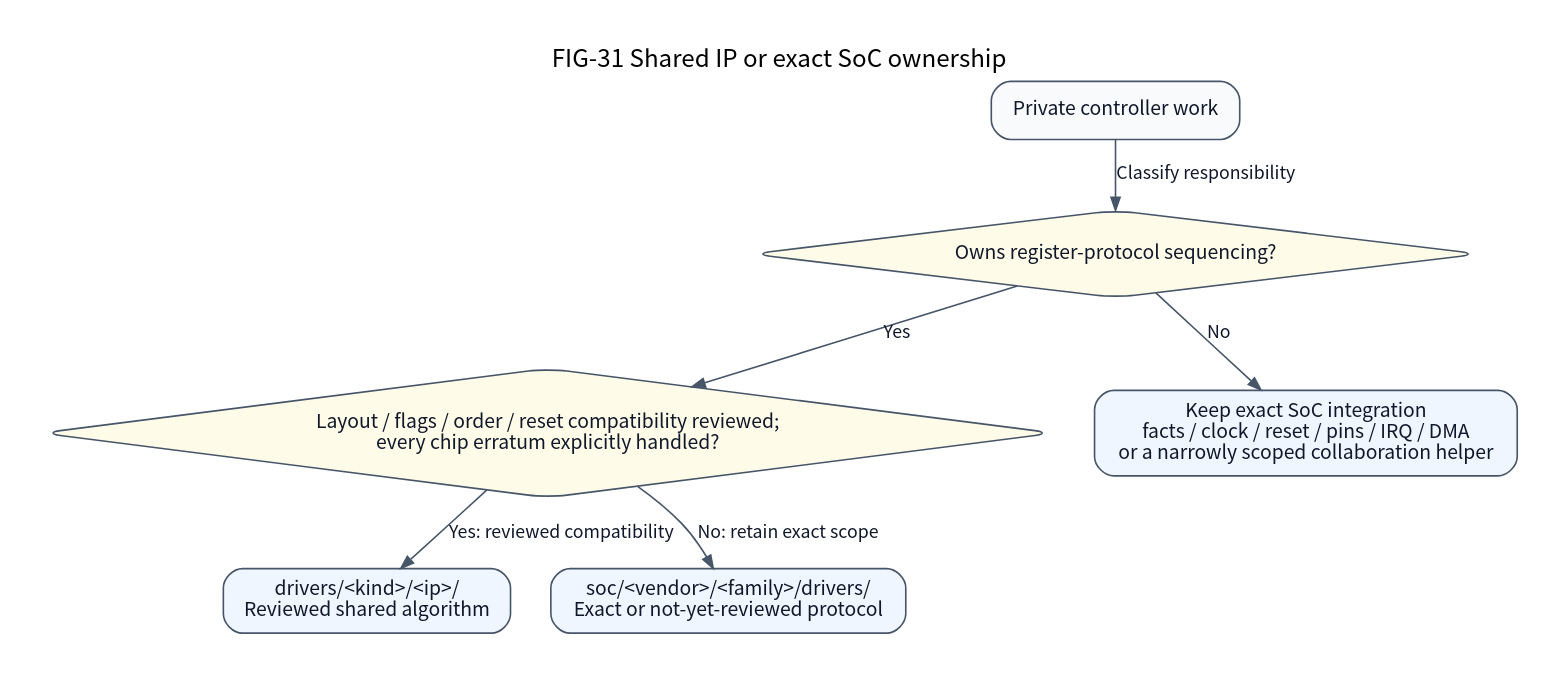
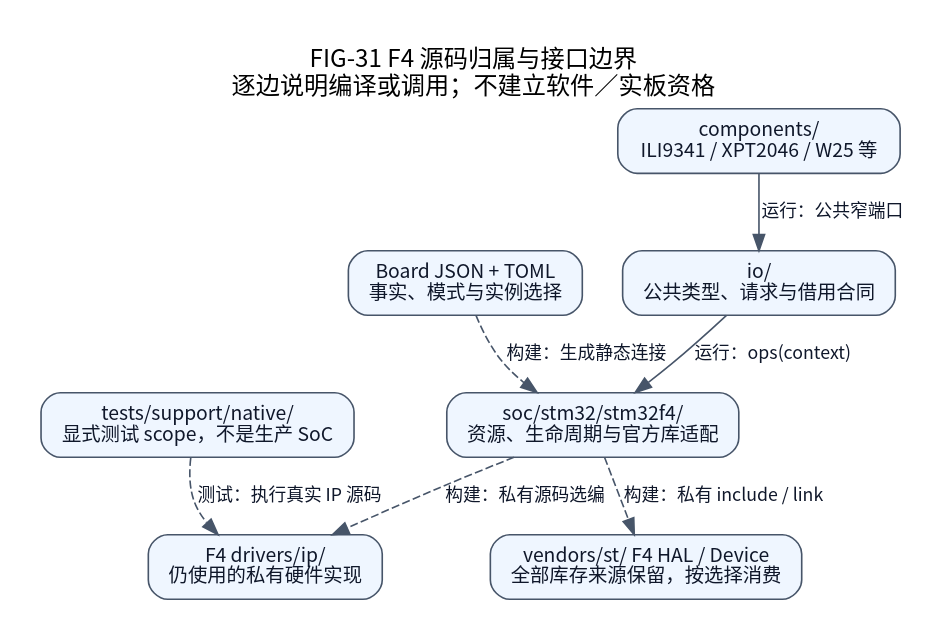
One commit to X-Gen-Lab/nexus changed the diagram in docs/assets/diagrams/driver-source-ownership.dot. Above: the diagram before and after it, drawn with Graphviz. The commit also changed 2170 other files, not shown here.

```diff
--- a/docs/assets/diagrams/driver-source-ownership.dot
+++ b/docs/assets/diagrams/driver-source-ownership.dot
@@ -1,28 +1,19 @@
-// FIG-31 current: maintenance decisions, not runtime calls or qualification.
-// Source basis: 7b985c4c source layout and docs/guides/provider-porting.md.
-digraph DriverSourceOwnership {
-    graph [label="FIG-31 Shared IP or exact SoC ownership",
-           rankdir=TB, bgcolor="white", pad=0.25, nodesep=0.35,
-           ranksep=0.45, fontname="Noto Sans CJK SC", fontsize=15,
-           labelloc=t];
-    node [shape=box, style="rounded,filled", fillcolor="#eff6ff",
-          color="#475569", fontcolor="#0f172a", fontname="Noto Sans CJK SC",
-          fontsize=12, margin="0.16,0.10"];
-    edge [color="#475569", fontcolor="#0f172a",
-          fontname="Noto Sans CJK SC", fontsize=11, arrowsize=0.8];
-
-    work [label="Private controller work", fillcolor="#f8fafc"];
-    protocol [label="Owns register-protocol sequencing?", shape=diamond,
-              fillcolor="#fefce8"];
-    reviewed [label="Layout / flags / order / reset compatibility reviewed;\nevery chip erratum explicitly handled?",
-              shape=diamond, fillcolor="#fefce8"];
-    integration [label="Keep exact SoC integration\nfacts / clock / reset / pins / IRQ / DMA\nor a narrowly scoped collaboration helper"];
-    shared [label="drivers/<kind>/<ip>/\nReviewed shared algorithm"];
-    exact [label="soc/<vendor>/<family>/drivers/\nExact or not-yet-reviewed protocol"];
-
-    work -> protocol [label="Classify responsibility"];
-    protocol -> integration [label="No"];
-    protocol -> reviewed [label="Yes"];
-    reviewed -> shared [label="Yes: reviewed compatibility"];
-    reviewed -> exact [label="No: retain exact scope"];
+// FIG-31 current: F4 source ownership; labels distinguish calls and build inputs.
+digraph F4SourceOwnership {
+  graph [rankdir=TB, bgcolor="white", pad=0.25, nodesep=0.35, ranksep=0.5, fontname="Noto Sans CJK SC", fontsize=15, labelloc=t, label="FIG-31 F4 源码归属与接口边界\n逐边说明编译或调用；不建立软件／实板资格"];
+  node [shape=box, style="rounded,filled", fillcolor="#eff6ff", color="#475569", fontcolor="#0f172a", fontname="Noto Sans CJK SC", fontsize=12, margin="0.16,0.10"];
+  edge [color="#475569", fontcolor="#0f172a", fontname="Noto Sans CJK SC", fontsize=11];
+  io [label="io/\n公共类型、请求与借用合同"];
+  f4 [label="soc/stm32/stm32f4/\n资源、生命周期与官方库适配"];
+  ip [label="F4 drivers/ip/\n仍使用的私有硬件实现"];
+  vendor [label="vendors/st/ F4 HAL / Device\n全部库存来源保留，按选择消费"];
+  host [label="tests/support/native/\n显式测试 scope，不是生产 SoC"];
+  components [label="components/\nILI9341 / XPT2046 / W25 等"];
+  config [label="Board JSON + TOML\n事实、模式与实例选择"];
+  io -> f4 [label="运行：ops(context)"];
+  f4 -> ip [label="构建：私有源码选编", style=dashed];
+  f4 -> vendor [label="构建：私有 include / link", style=dashed];
+  host -> ip [label="测试：执行真实 IP 源码", style=dashed];
+  components -> io [label="运行：公共窄端口"];
+  config -> f4 [label="构建：生成静态连接", style=dashed];
 }
```
